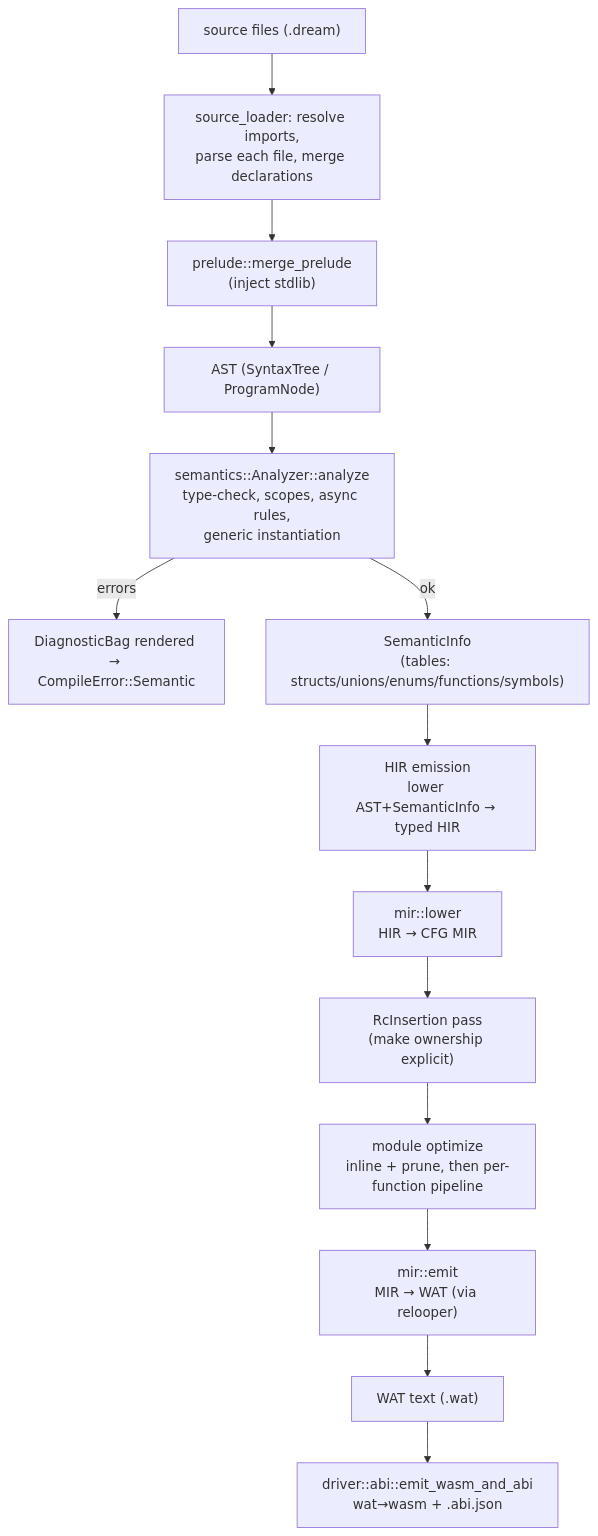
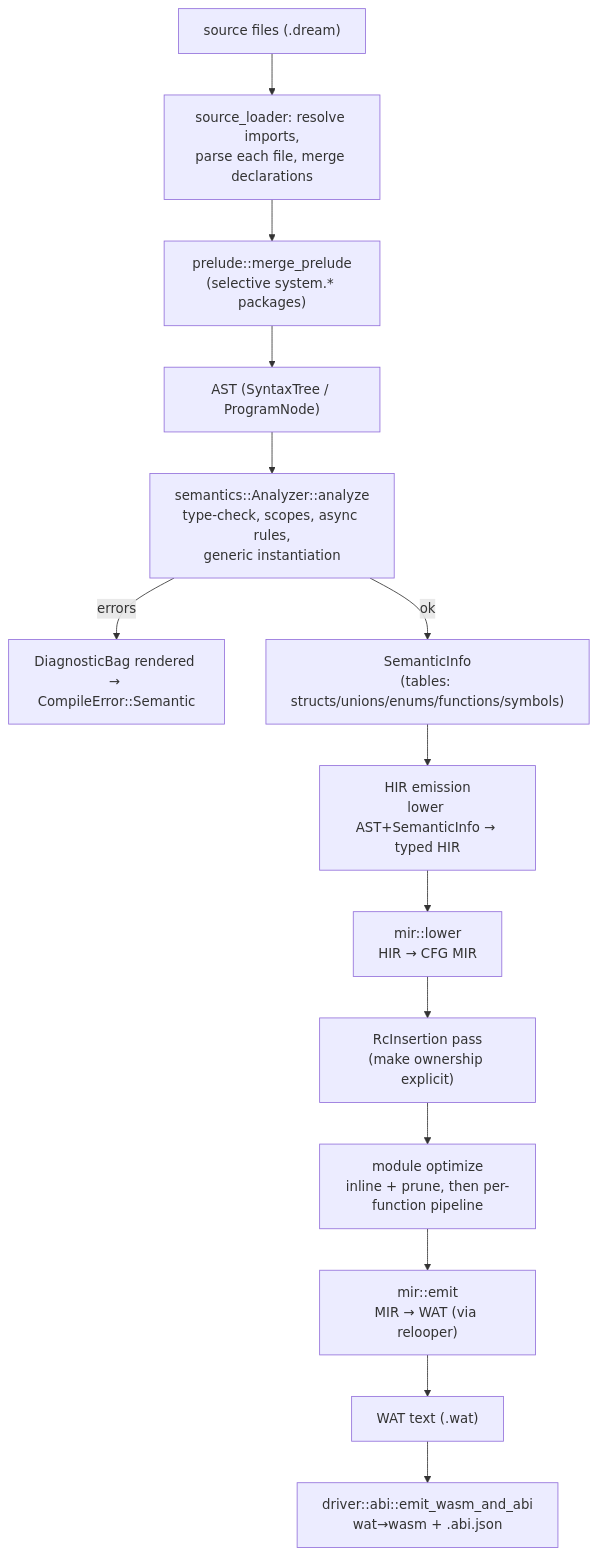
One commit to sps014/Dream changed the first of 2 diagrams in docs/compiler/01-pipeline-overview.md. Above: the diagram before and after it, drawn with Mermaid. The commit also changed other lines of this file and 439 other files, not shown here.

````diff
--- a/docs/compiler/01-pipeline-overview.md
+++ b/docs/compiler/01-pipeline-overview.md
@@ -7,20 +7,20 @@
 ```mermaid
 flowchart TD
     src["source files (.dream)"]
     src --> load["source_loader: resolve imports,\nparse each file, merge declarations"]
-    load --> prelude["prelude::merge_prelude\n(inject stdlib)"]
+    load --> prelude["prelude::merge_prelude\n(selective system.* packages)"]
     prelude --> ast["AST (SyntaxTree / ProgramNode)"]
 
     ast --> analyze["semantics::Analyzer::analyze\ntype-check, scopes, async rules,\ngeneric instantiation"]
     analyze -->|errors| diag["DiagnosticBag rendered → CompileError::Semantic"]
     analyze -->|ok| info["SemanticInfo\n(tables: structs/unions/enums/functions/symbols)"]
 
     info --> hir["HIR emission\nlower AST+SemanticInfo → typed HIR"]
     hir --> mir["mir::lower\nHIR → CFG MIR"]
     mir --> rc["RcInsertion pass\n(make ownership explicit)"]
     rc --> opt["module optimize\ninline + prune, then per-function pipeline"]
     opt --> emit["mir::emit\nMIR → WAT (via relooper)"]
 
     emit --> wat["WAT text (.wat)"]
     wat --> abi["driver::abi::emit_wasm_and_abi\nwat→wasm + .abi.json"]
 ```
````
